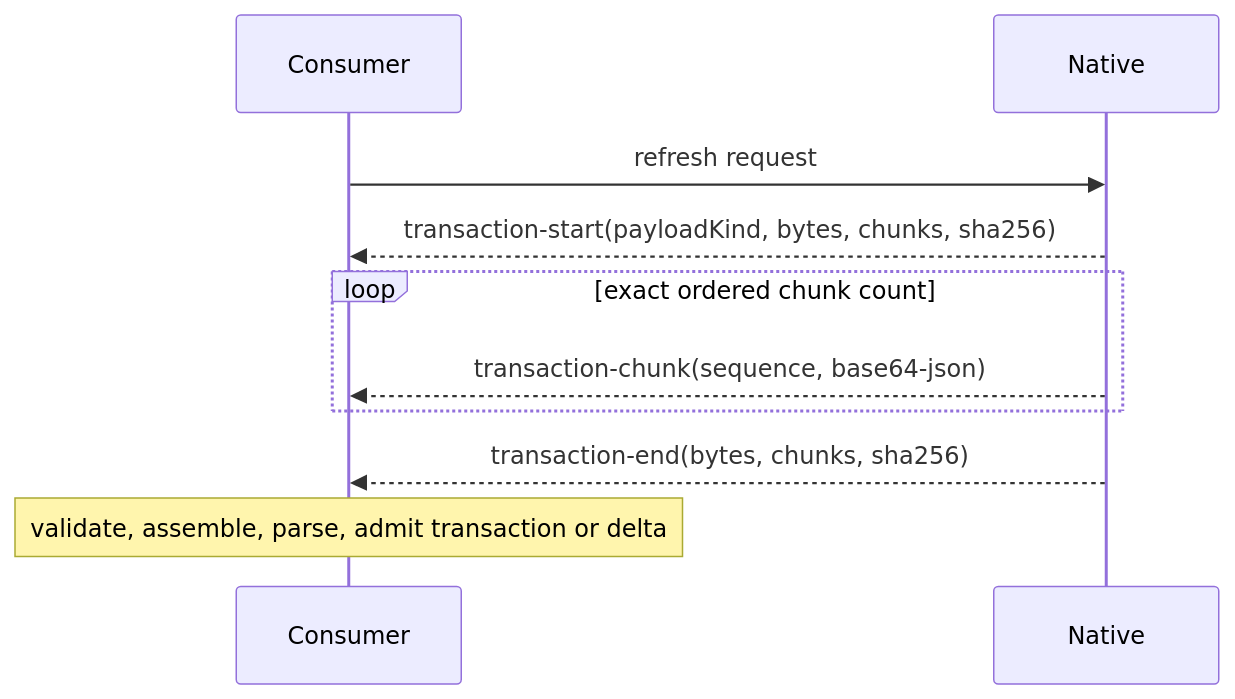
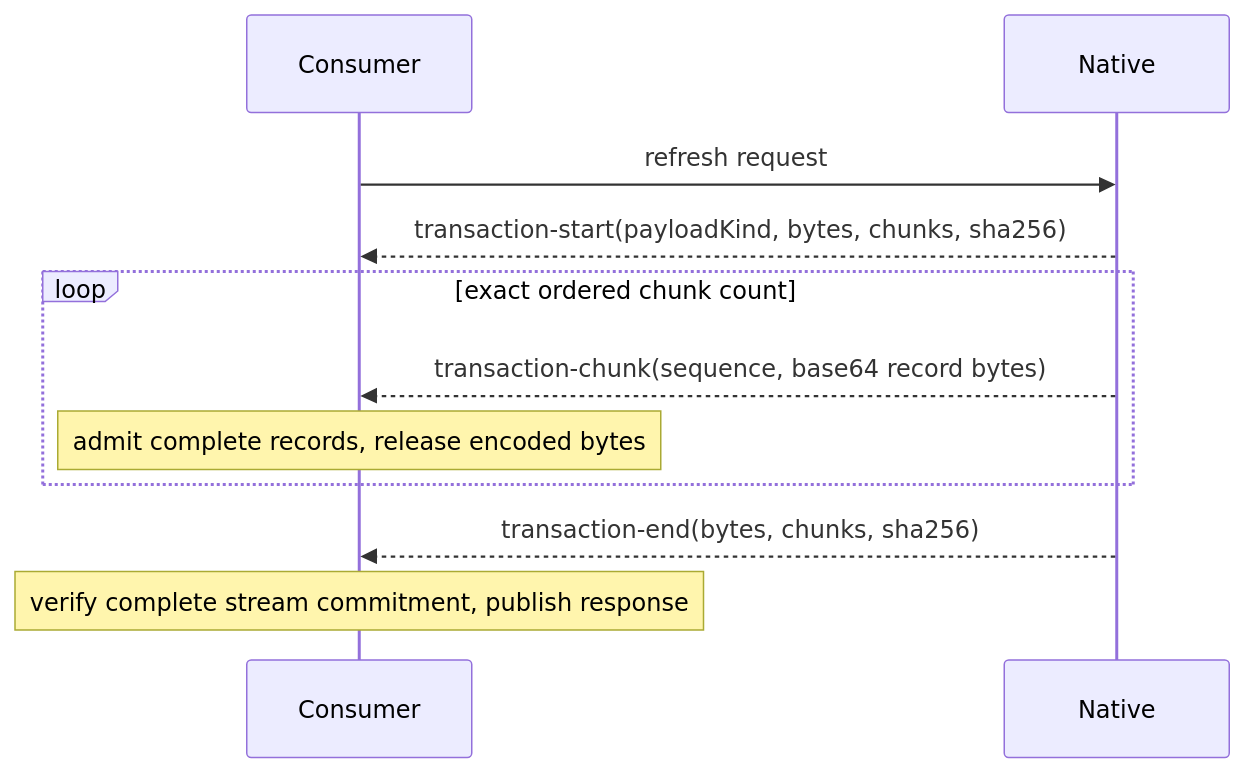
One commit to astrale-os/exp-codegraph changed the diagram in analysis/protocol/.spec/architecture.md. Above: the diagram before and after it, drawn with Mermaid. The commit also changed other lines of this file and 13 other files, not shown here.

Commit message:
perf(protocol): admit streamed fact records without whole-transaction JSON buffers

````diff
--- a/analysis/protocol/.spec/architecture.md
+++ b/analysis/protocol/.spec/architecture.md
@@ -13,12 +14,13 @@
 ```mermaid
 sequenceDiagram
   participant Consumer
   participant Native
   Consumer->>Native: refresh request
   Native-->>Consumer: transaction-start(payloadKind, bytes, chunks, sha256)
   loop exact ordered chunk count
-    Native-->>Consumer: transaction-chunk(sequence, base64-json)
+    Native-->>Consumer: transaction-chunk(sequence, base64 record bytes)
+    Note over Consumer: admit complete records, release encoded bytes
   end
   Native-->>Consumer: transaction-end(bytes, chunks, sha256)
-  Note over Consumer: validate, assemble, parse, admit transaction or delta
+  Note over Consumer: verify complete stream commitment, publish response
 ```
````
